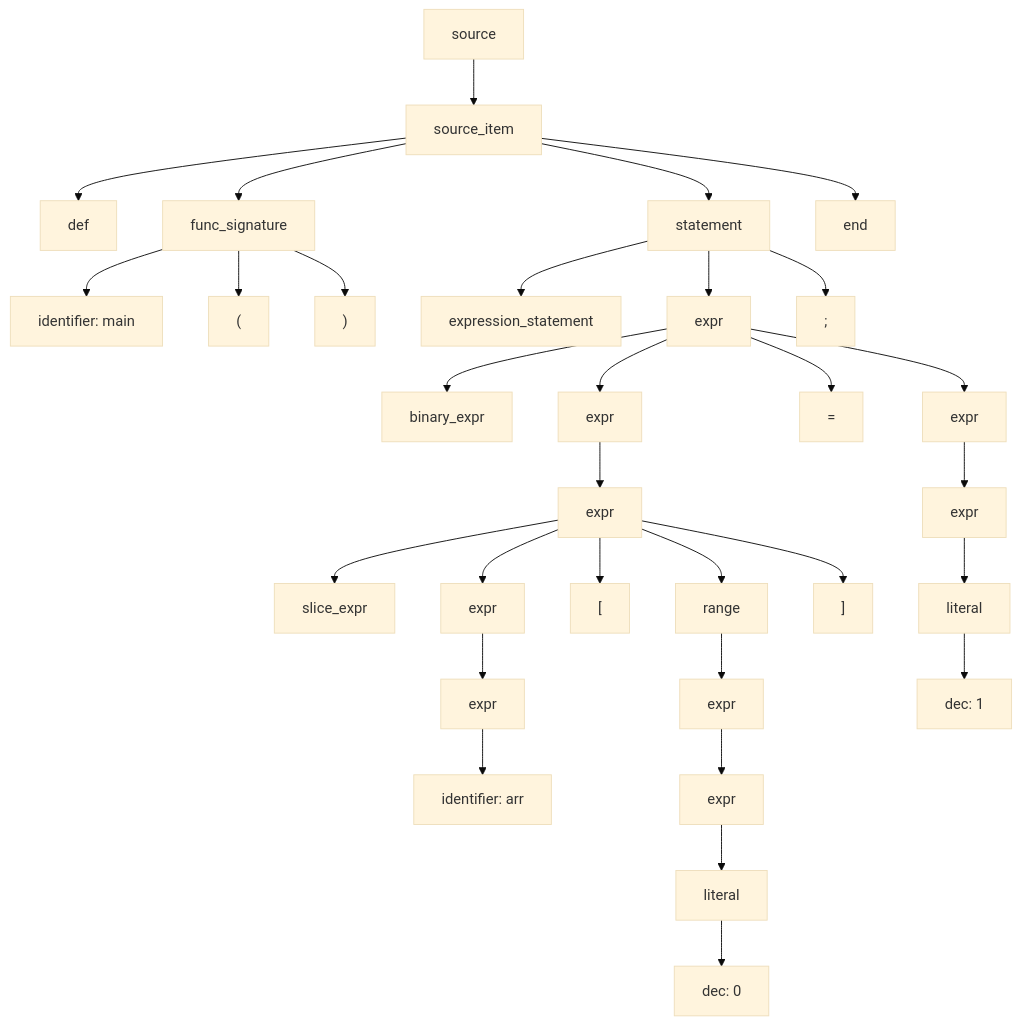
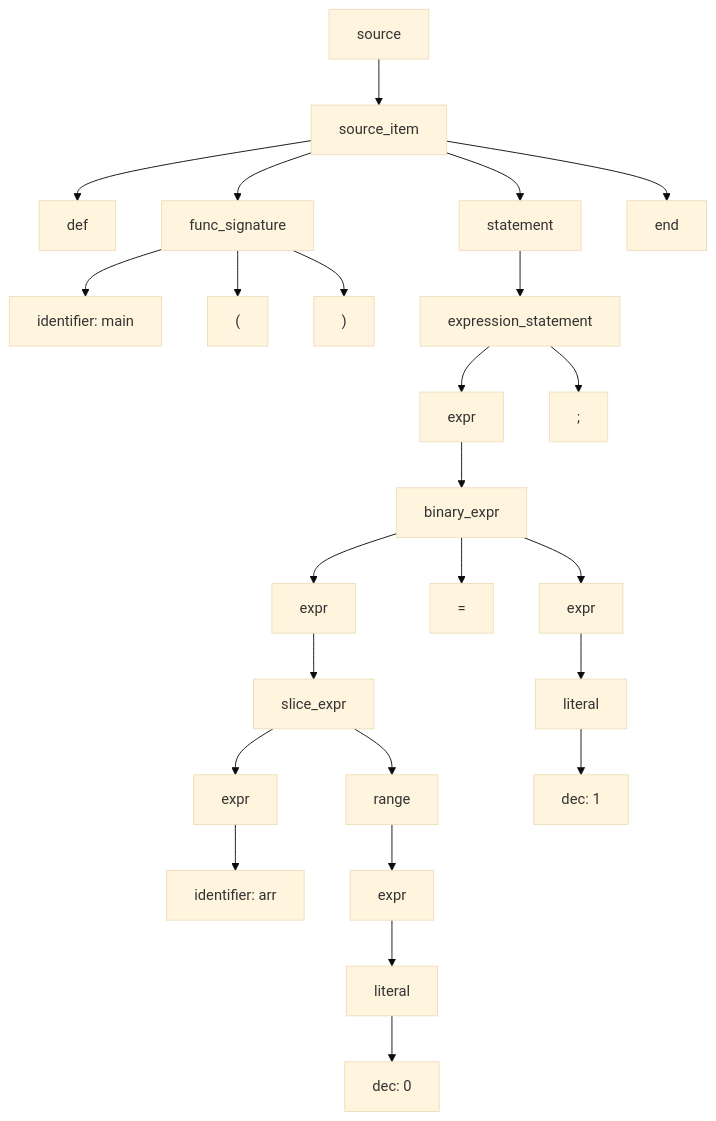
One commit to ErnandesDaniel/system-software-lab-2-1 changed the diagram in examples/arrays/output.mmd. Above: the diagram before and after it, drawn with Mermaid (base theme). The commit also changed 4 other files, not shown here.

```diff
--- a/examples/arrays/output.mmd
+++ b/examples/arrays/output.mmd
@@ -1,62 +1,50 @@
 graph TD;
 N0["source"]
 N1["source_item"]
 N0 --> N1
 N2["def"]
 N1 --> N2
 N3["func_signature"]
 N1 --> N3
 N4["identifier: main"]
 N3 --> N4
 N5["("]
 N3 --> N5
 N6[")"]
 N3 --> N6
 N7["statement"]
 N1 --> N7
 N8["expression_statement"]
 N7 --> N8
 N9["expr"]
-N7 --> N9
+N8 --> N9
 N10["binary_expr"]
 N9 --> N10
 N11["expr"]
-N9 --> N11
-N12["expr"]
+N10 --> N11
+N12["slice_expr"]
 N11 --> N12
-N13["slice_expr"]
+N13["expr"]
 N12 --> N13
-N14["expr"]
-N12 --> N14
-N15["expr"]
-N14 --> N15
-N16["identifier: arr"]
+N14["identifier: arr"]
+N13 --> N14
+N15["range"]
+N12 --> N15
+N16["expr"]
 N15 --> N16
-N17["["]
-N12 --> N17
-N18["range"]
-N12 --> N18
-N19["expr"]
-N18 --> N19
+N17["literal"]
+N16 --> N17
+N18["dec: 0"]
+N17 --> N18
+N19["="]
+N10 --> N19
 N20["expr"]
-N19 --> N20
+N10 --> N20
 N21["literal"]
 N20 --> N21
-N22["dec: 0"]
+N22["dec: 1"]
 N21 --> N22
-N23["]"]
-N12 --> N23
-N24["="]
-N9 --> N24
-N25["expr"]
-N9 --> N25
-N26["expr"]
-N25 --> N26
-N27["literal"]
-N26 --> N27
-N28["dec: 1"]
-N27 --> N28
-N29[";"]
-N7 --> N29
-N30["end"]
-N1 --> N30
+N23[";"]
+N8 --> N23
+N24["end"]
+N1 --> N24
```
